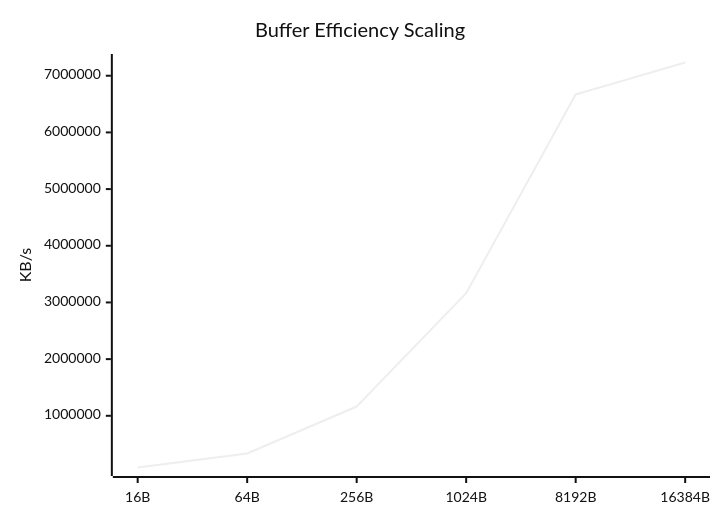
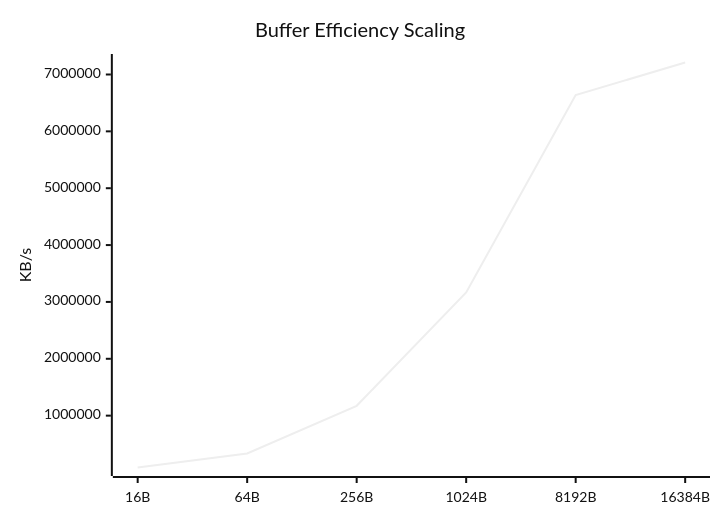
The sixth of 9 diagrams in docs/Comparison_Report.md (taha2samy/openssl_fips), drawn with Mermaid (neutral theme) before and after one commit. The commit also changed other lines of this file and 2 other files, not shown here.

````diff
--- a/docs/Comparison_Report.md
+++ b/docs/Comparison_Report.md
@@ -102,7 +102,7 @@
 ```mermaid
 xychart-beta
     title "Buffer Efficiency Scaling"
     x-axis [16B, 64B, 256B, 1024B, 8192B, 16384B]
     y-axis "KB/s"
-    line [87681.28, 334310.78, 1163325.44, 3163619.84, 6670020.61, 7233503.23]
+    line [87903.9, 334482.62, 1172751.36, 3166743.04, 6638538.75, 7210967.04]
 ```
````
